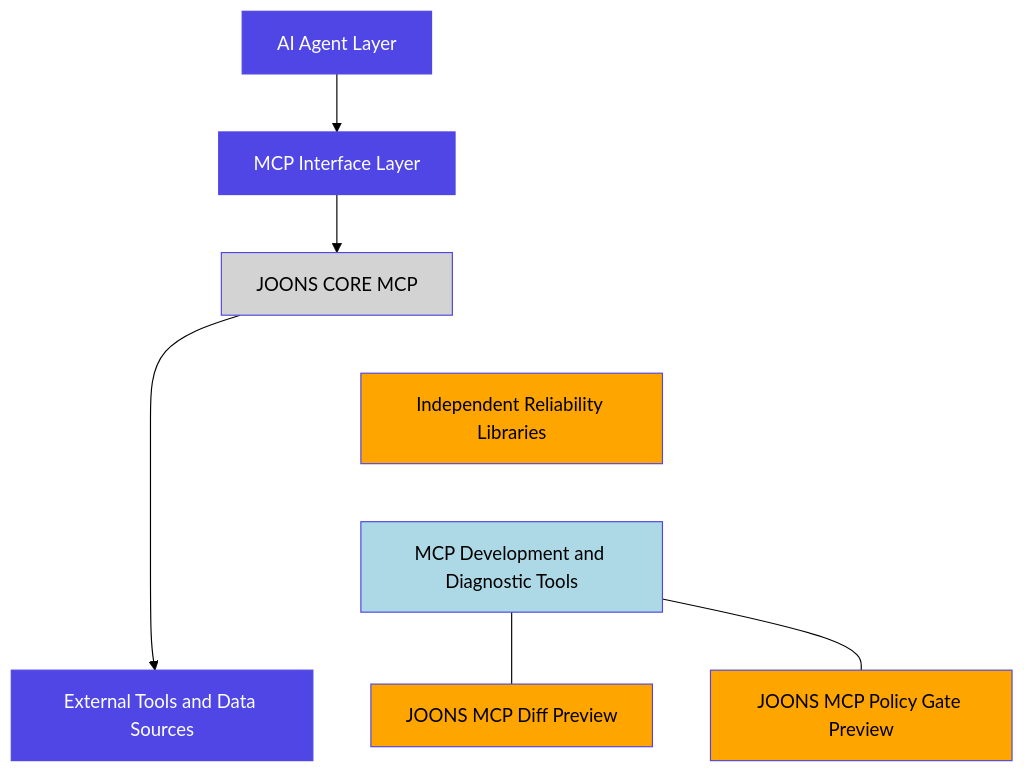
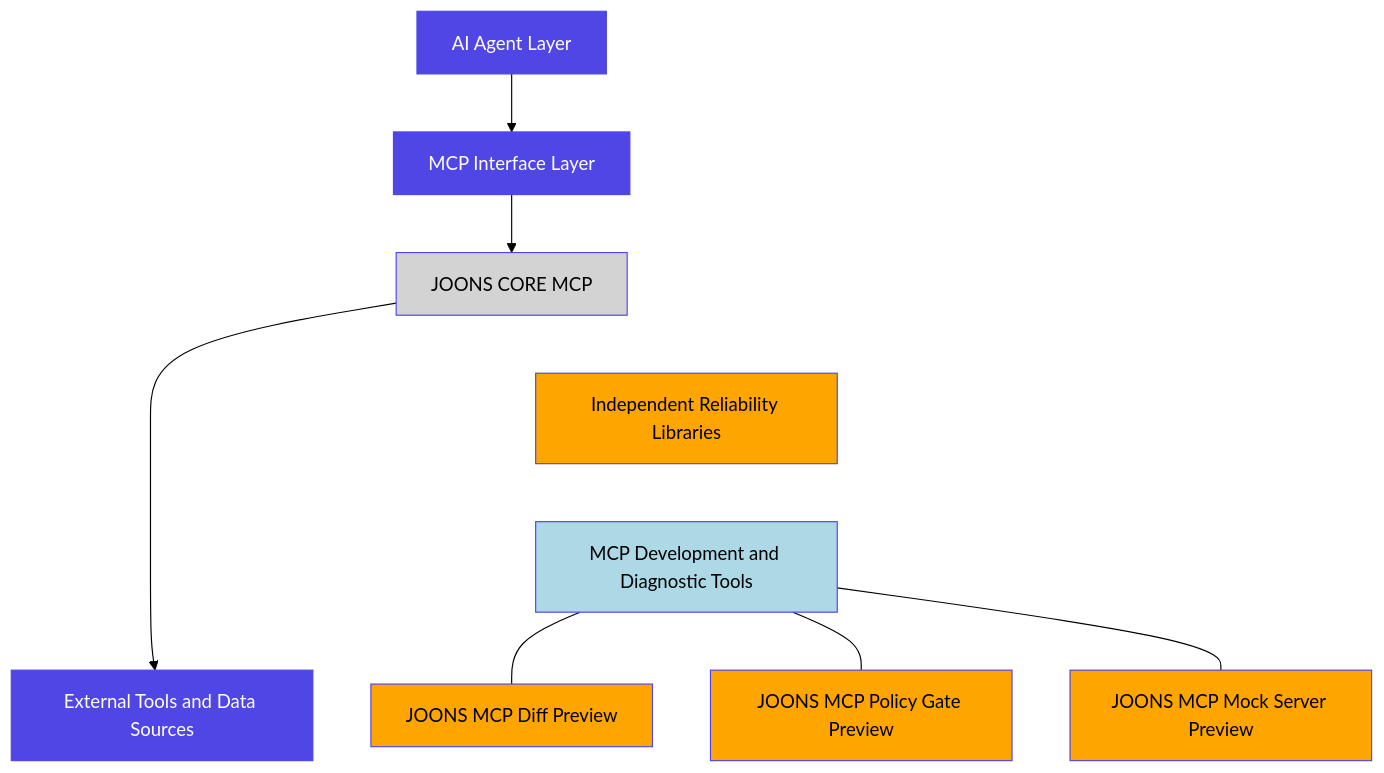
Before and after one commit to dbdefault/joons-ecosystem: the first of 3 diagrams in docs/ARCHITECTURE.md, drawn with Mermaid (forest theme). The commit also changed other lines of this file and 6 other files, not shown here.

Commit message:
Docs: add JOONS MCP Mock Server v0.1.0 Preview

````diff
--- a/docs/ARCHITECTURE.md
+++ b/docs/ARCHITECTURE.md
@@ -14,26 +14,28 @@
 ```mermaid
 flowchart TD
     A["AI Agent Layer"]
     B["MCP Interface Layer"]
     C["JOONS CORE MCP"]
     D["Independent Reliability Libraries"]
     E["MCP Development and Diagnostic Tools"]
     Diff["JOONS MCP Diff Preview"]
     PolicyGate["JOONS MCP Policy Gate Preview"]
+    MockServer["JOONS MCP Mock Server Preview"]
     F["External Tools and Data Sources"]
     A --> B --> C --> F
     D ~~~ E
     C ~~~ D
     E ~~~ F
     E --- Diff
     E --- PolicyGate
+    E --- MockServer
     classDef interface fill:#4F46E5,stroke:#4F46E5,color:#fff
     classDef private fill:#d3d3d3,stroke:#4F46E5,color:#000
     classDef preview fill:#ffa500,stroke:#4F46E5,color:#000
     classDef mixed fill:#add8e6,stroke:#4F46E5,color:#000
     class A,B,F interface
     class C private
     class D preview
     class E mixed
-    class Diff,PolicyGate preview
+    class Diff,PolicyGate,MockServer preview
 ```
````
